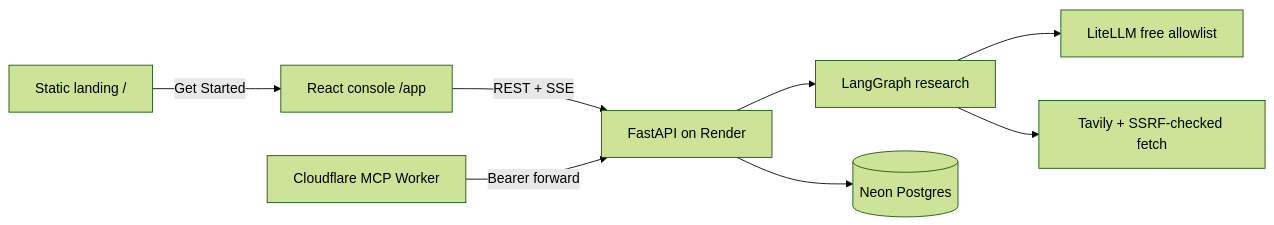
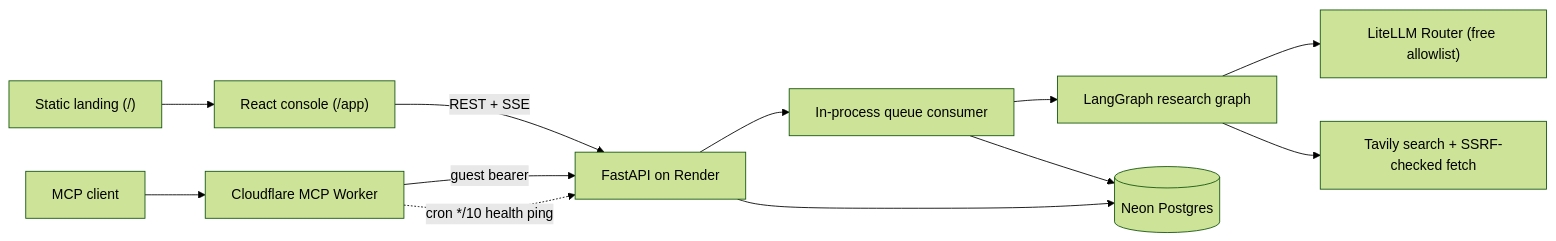
The second of 2 diagrams in README.md (sumitjadhav1703/Multi_agent_research_system), drawn with Mermaid (forest theme) before and after one commit. The commit also changed other lines of this file and 2 other files, not shown here.

````diff
--- a/README.md
+++ b/README.md
@@ -141,10 +102,14 @@
 ```mermaid
 flowchart LR
-  Landing[Static landing /] -->|Get Started| Console[React console /app]
-  Console -->|REST + SSE| API[FastAPI on Render]
-  MCP[Cloudflare MCP Worker] -->|Bearer forward| API
-  API --> Graph[LangGraph research]
-  API --> Neon[(Neon Postgres)]
-  Graph --> LiteLLM[LiteLLM free allowlist]
-  Graph --> Search[Tavily + SSRF-checked fetch]
+  Landing["Static landing (/)"] --> Console["React console (/app)"]
+  Console -->|REST + SSE| API["FastAPI on Render"]
+  MCPClient[MCP client] --> Worker["Cloudflare MCP Worker"]
+  Worker -->|guest bearer| API
+  Worker -. "cron */10 health ping" .-> API
+  API --> Queue["In-process queue consumer"]
+  Queue --> Graph["LangGraph research graph"]
+  API --> DB[("Neon Postgres")]
+  Queue --> DB
+  Graph --> Router["LiteLLM Router (free allowlist)"]
+  Graph --> Web["Tavily search + SSRF-checked fetch"]
 ```
````
